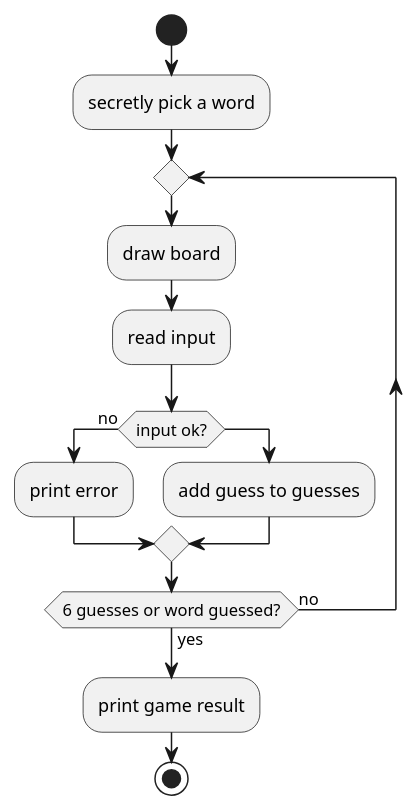
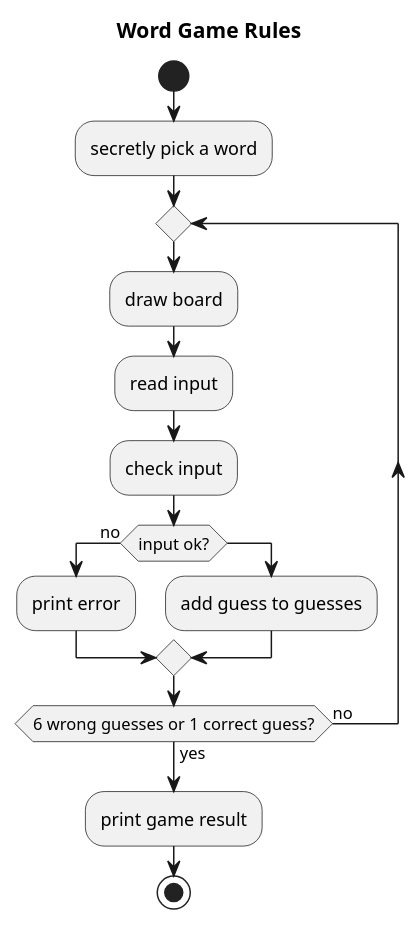
Before and after one commit to Warwolt/wordle: the diagram in doc/rules.puml, drawn with PlantUML. The commit also changed 7 other files, not shown here.

First line of the commit message:
Add checks that input is a legal guess

```diff
--- a/doc/rules.puml
+++ b/doc/rules.puml
@@ -1,21 +1,24 @@
 @startuml rules
+
+title Word Game Rules
 
 start
 
 :secretly pick a word;
 
 repeat
     :draw board;
     :read input;
+    :check input;
     if (input ok?) then (no)
         :print error;
     else
         :add guess to guesses;
     endif
-repeat while (6 guesses or word guessed?) is (no) not (yes)
+repeat while (6 wrong guesses or 1 correct guess?) is (no) not (yes)
 
 :print game result;
 
 stop
 
 @enduml
```
